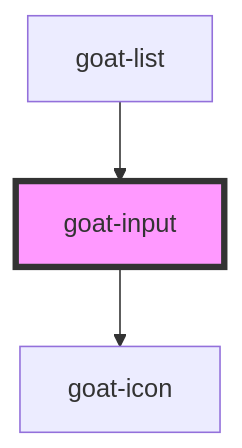
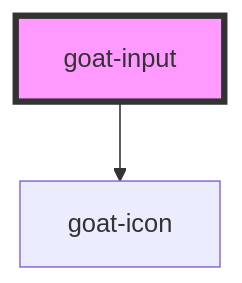
Before and after one commit to goatui/components: the diagram in src/components/input-controls/input/readme.md, drawn with Mermaid. The commit also changed other lines of this file and 94 other files, not shown here.

````diff
--- a/src/components/input-controls/input/readme.md
+++ b/src/components/input-controls/input/readme.md
@@ -72,6 +68,5 @@
 ```mermaid
 graph TD;
   goat-input --> goat-icon
-  goat-list --> goat-input
   style goat-input fill:#f9f,stroke:#333,stroke-width:4px
 ```
````
